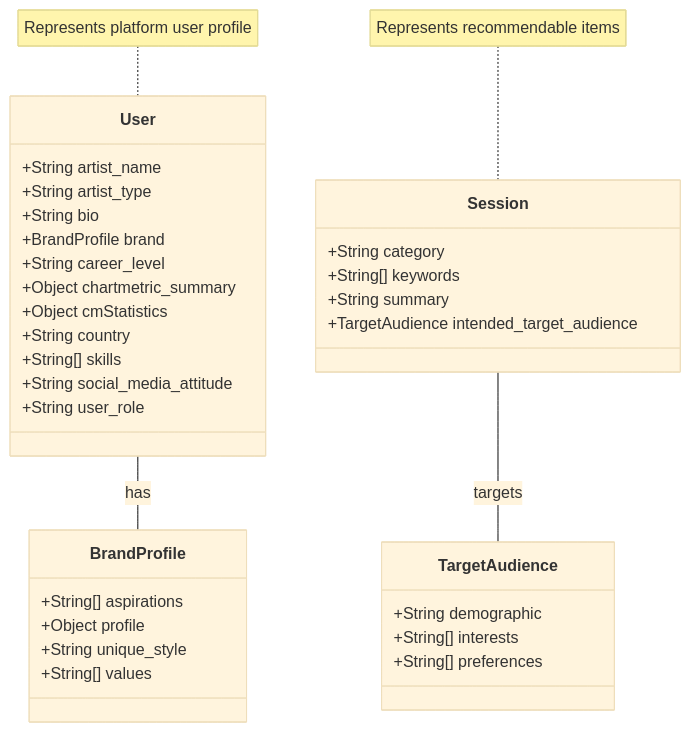
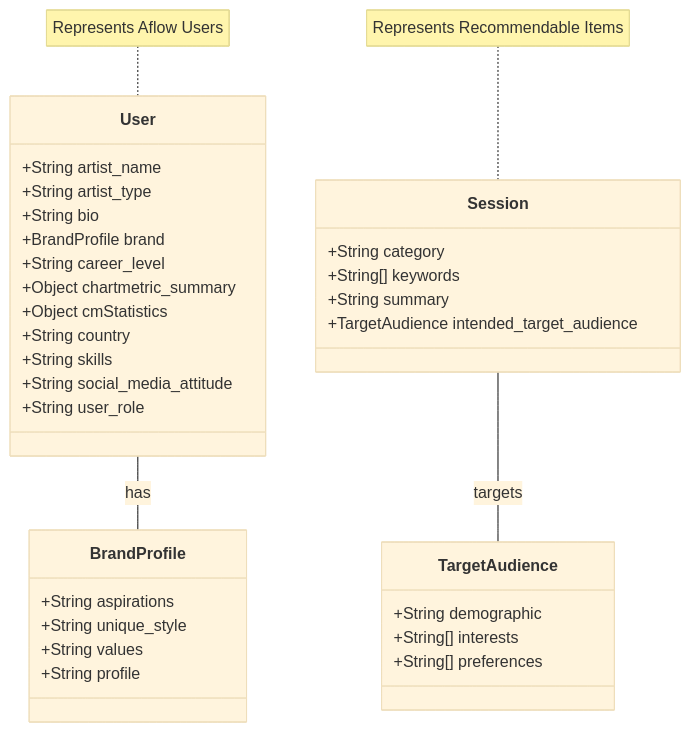
The diagram in Music Recommendation/data structure/user_session.md (c-wenlong/corite-pocs), drawn with Mermaid (base theme) before and after one commit. The commit also changed 27 other files, not shown here.

```diff
--- a/Music Recommendation/data structure/user_session.md
+++ b/Music Recommendation/data structure/user_session.md
@@ -1,44 +1,44 @@
 ::: mermaid
 
 classDiagram
     class User {
         +String artist_name
         +String artist_type
         +String bio
         +BrandProfile brand
         +String career_level
         +Object chartmetric_summary
         +Object cmStatistics
         +String country
-        +String[] skills
+        +String skills
         +String social_media_attitude
         +String user_role
     }
 
     class BrandProfile {
-        +String[] aspirations
-        +Object profile
+        +String aspirations
         +String unique_style
-        +String[] values
+        +String values
+        +String profile
     }
 
     class Session {
         +String category
         +String[] keywords
         +String summary
         +TargetAudience intended_target_audience
     }
 
     class TargetAudience {
         +String demographic
         +String[] interests
         +String[] preferences
     }
 
     User -- BrandProfile : has
     Session -- TargetAudience : targets
 
-    note for User "Represents platform user profile"
-    note for Session "Represents recommendable items"
+    note for User "Represents Aflow Users"
+    note for Session "Represents Recommendable Items"
 
 :::
```
